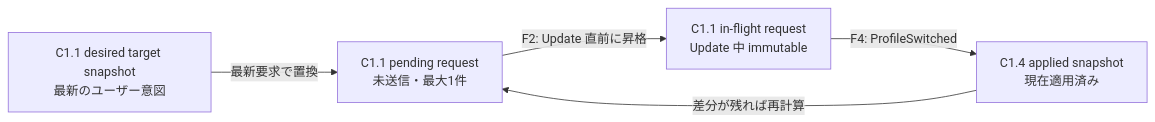
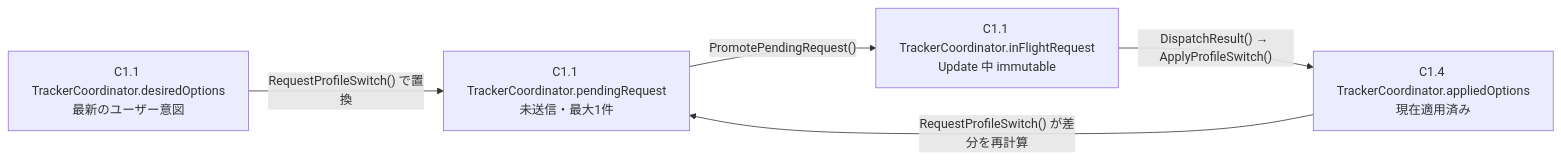
The ninth of 11 diagrams in Tracker/Design/Core/tracker-architecture-plan.md (ibis-ssl/Duck), drawn with Mermaid before and after one commit. The commit also changed other lines of this file, not shown here.

Commit message:
docs(tracker): フロー図を実装クラスとメソッドへ対応付ける

````diff
--- a/Tracker/Design/Core/tracker-architecture-plan.md
+++ b/Tracker/Design/Core/tracker-architecture-plan.md
@@ -381,12 +394,12 @@
 ```mermaid
 flowchart LR
-    Desired["C1.1 desired target snapshot<br/>最新のユーザー意図"]
-    Pending["C1.1 pending request<br/>未送信・最大1件"]
-    InFlight["C1.1 in-flight request<br/>Update 中 immutable"]
-    Applied["C1.4 applied snapshot<br/>現在適用済み"]
+    Desired["C1.1 TrackerCoordinator.desiredOptions<br/>最新のユーザー意図"]
+    Pending["C1.1 TrackerCoordinator.pendingRequest<br/>未送信・最大1件"]
+    InFlight["C1.1 TrackerCoordinator.inFlightRequest<br/>Update 中 immutable"]
+    Applied["C1.4 TrackerCoordinator.appliedOptions<br/>現在適用済み"]
 
-    Desired -->|"最新要求で置換"| Pending
-    Pending -->|"F2: Update 直前に昇格"| InFlight
-    InFlight -->|"F4: ProfileSwitched"| Applied
-    Applied -->|"差分が残れば再計算"| Pending
+    Desired -->|"RequestProfileSwitch() で置換"| Pending
+    Pending -->|"PromotePendingRequest()"| InFlight
+    InFlight -->|"DispatchResult() → ApplyProfileSwitch()"| Applied
+    Applied -->|"RequestProfileSwitch() が差分を再計算"| Pending
 ```
````
